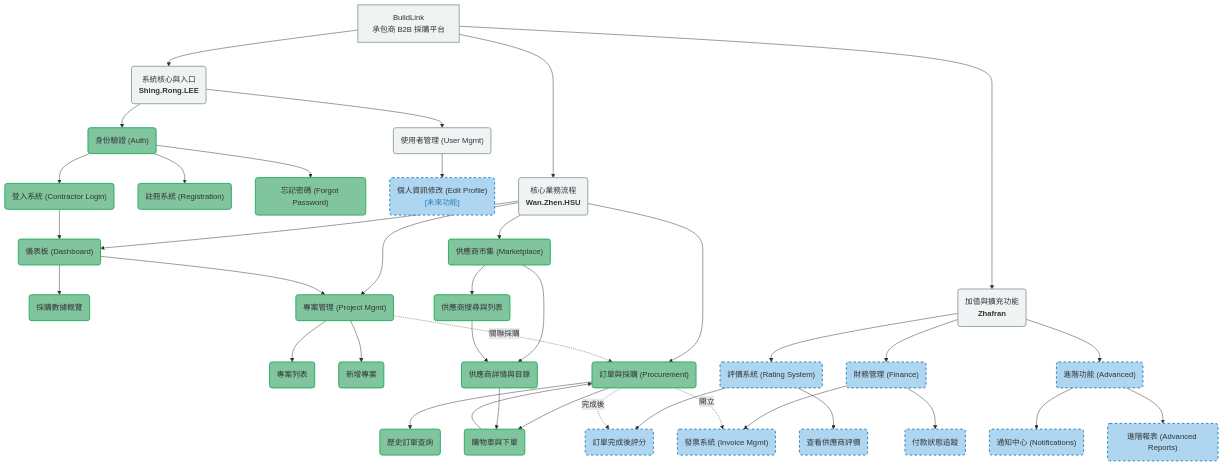
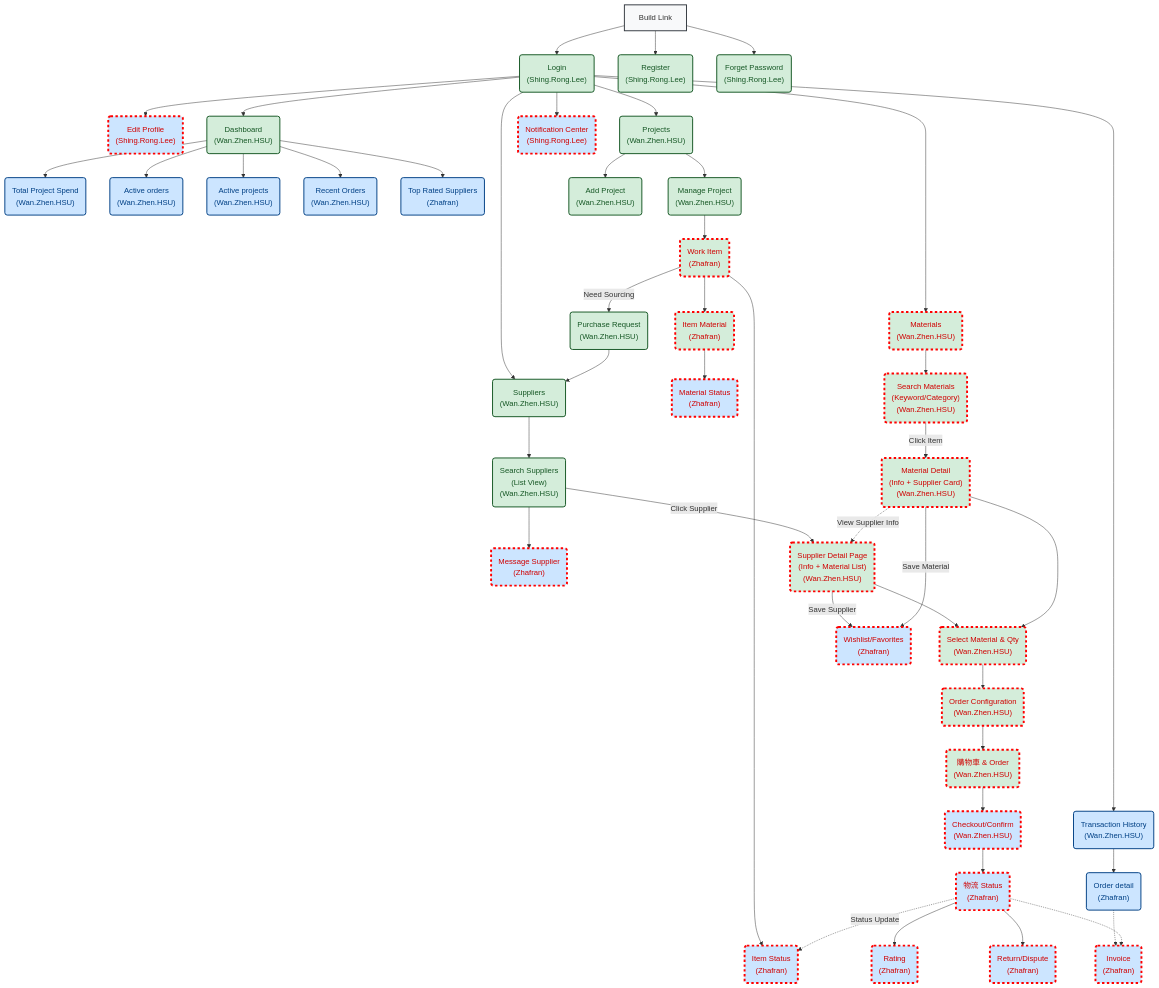
The diagram in README.md (Wanzhennnnnnnnnnnn/Team4), drawn with Mermaid before and after one commit.

Commit message:
New division of labor table

````diff
--- a/README.md
+++ b/README.md
@@ -2,68 +2,99 @@
 ```mermaid
-flowchart TD
-    Root[BuildLink<br>承包商 B2B 採購平台]
+graph TD
+    %% 定義樣式類別
+    classDef mvp fill:#d4edda,stroke:#155724,stroke-width:2px,color:#155724;
+    classDef exp fill:#cce5ff,stroke:#004085,stroke-width:2px,color:#004085;
+    classDef root fill:#f8f9fa,stroke:#343a40,stroke-width:2px;
+    classDef action fill:#fff3cd,stroke:#856404,stroke-width:2px,stroke-dasharray: 5 5;
+    
+    %% 定義「缺失/需修改」的樣式 (紅色框)
+    classDef mvp_missing fill:#d4edda,stroke:#ff0000,stroke-width:4px,stroke-dasharray: 5 5,color:#d00000;
+    classDef exp_missing fill:#cce5ff,stroke:#ff0000,stroke-width:4px,stroke-dasharray: 5 5,color:#d00000;
 
-    %% --- Shing.Rong.LEE (系統入口與身份驗證) ---
-    Root --> Sys("系統核心與入口<br><b>Shing.Rong.LEE</b>")
-    Sys --> Auth("身份驗證 (Auth)")
-    Auth --> Login("登入系統 (Contractor Login)")
-    Auth --> Reg("註冊系統 (Registration)")
-    Auth --> Forgot("忘記密碼 (Forgot Password)")
-    
-    Sys --> UserMgmt("使用者管理 (User Mgmt)")
-    UserMgmt --> Profile("個人資訊修改 (Edit Profile)<br><span style='color:#2980b9'>[未來功能]</span>")
-    
-    %% --- Wan.Zhen.HSU (核心業務流程 - 已完成) ---
-    Root --> Flow("核心業務流程<br><b>Wan.Zhen.HSU</b>")
-    Flow --> Dash("儀表板 (Dashboard)")
-    Dash --> DashStats("採購數據概覽")
-    
-    Flow --> Proj("專案管理 (Project Mgmt)")
-    Proj --> ProjList("專案列表")
-    Proj --> ProjAdd("新增專案")
-    
-    Flow --> Order("訂單與採購 (Procurement)")
-    Order --> Cart("購物車與下單")
-    Order --> Hist("歷史訂單查詢")
-    
-    Flow --> SupMkt("供應商市集 (Marketplace)")
-    SupMkt --> SupList("供應商搜尋與列表")
-    SupMkt --> SupDetail("供應商詳情與目錄")
+    %% Auth Branch (Completed)
+    Root[Build Link]:::root --> Login("Login<br/>(Shing.Rong.Lee)"):::mvp
+    Root[Build Link]:::root --> Register("Register<br/>(Shing.Rong.Lee)"):::mvp
+    Root[Build Link]:::root --> ForgetPW("Forget Password<br/>(Shing.Rong.Lee)"):::mvp
 
-    %% --- Zhafran (加值與擴充功能 - 未來開發) ---
-    Root --> Ext("加值與擴充功能<br><b>Zhafran</b>")
-    Ext --> Rating("評價系統 (Rating System)")
-    Rating --> RateOrder("訂單完成後評分")
-    Rating --> RateView("查看供應商評價")
-    
-    Ext --> Fin("財務管理 (Finance)")
-    Fin --> Invoice("發票系統 (Invoice Mgmt)")
-    Fin --> Payment("付款狀態追蹤")
-    
-    Ext --> Adv("進階功能 (Advanced)")
-    Adv --> Notify("通知中心 (Notifications)")
-    Adv --> Report("進階報表 (Advanced Reports)")
+    %% Login Downstream
+    Login --> EditProfile("Edit Profile<br/>(Shing.Rong.Lee)"):::exp_missing
+    Login --> Dashboard("Dashboard<br/>(Wan.Zhen.HSU)"):::mvp
+    Login --> Projects("Projects<br/>(Wan.Zhen.HSU)"):::mvp
 
-    %% --- 跨模組連接 ---
-    Login --> Dash
-    Dash --> Proj
-    Proj -.->|關聯採購| Order
-    SupList --> SupDetail
-    SupDetail --> Cart
-    Cart --> Order
-    Order -.->|完成後| RateOrder
-    Order -.->|開立| Invoice
+    %% --- 分流入口 ---
+    Login --> Suppliers("Suppliers<br/>(Wan.Zhen.HSU)"):::mvp
+    Login --> Materials("Materials<br/>(Wan.Zhen.HSU)"):::mvp_missing
+    Login --> TransHistory("Transaction History<br/>(Wan.Zhen.HSU)"):::exp
 
-    %% --- 顏色定義 ---
-    %% 核心已完成 (綠色)
-    classDef core fill:#81C59E,stroke:#27ae60,stroke-width:2px;
-    %% 未來開發 (藍色)
-    classDef future fill:#AED6F1,stroke:#2980b9,stroke-width:2px,stroke-dasharray: 5 5;
-    %% 基礎架構 (灰色)
-    classDef infra fill:#F0F3F4,stroke:#95A5A6,stroke-width:2px;
+    %% 新增：通知中心
+    Login --> Notifications("Notification Center<br/>(Shing.Rong.Lee)"):::exp_missing
 
-    %% --- 應用顏色 ---
-    class Auth,Login,Reg,Forgot,Dash,DashStats,Proj,ProjList,ProjAdd,Order,Cart,Hist,SupMkt,SupList,SupDetail core
-    class Profile,Rating,RateOrder,RateView,Fin,Invoice,Payment,Adv,Notify,Report future
-    class Root,Sys,Flow,Ext,UserMgmt infra
+    %% Dashboard Branch (Completed)
+    Dashboard --> TotalSpend("Total Project Spend<br/>(Wan.Zhen.HSU)"):::exp
+    Dashboard --> ActiveOrders("Active orders<br/>(Wan.Zhen.HSU)"):::exp
+    Dashboard --> ActiveProjects("Active projects<br/>(Wan.Zhen.HSU)"):::exp
+    Dashboard --> RecentOrder("Recent Orders<br/>(Wan.Zhen.HSU)"):::exp
+    Dashboard --> TopSuppliers("Top Rated Suppliers<br/>(Zhafran)"):::exp
+
+    %% History Procurement Branch
+    TransHistory --> OrderDetail("Order detail<br/>(Zhafran)"):::exp
+    OrderDetail -.-> Invoice
+
+    %% Projects Branch
+    Projects --> ManageProject("Manage Project<br/>(Wan.Zhen.HSU)"):::mvp
+    Projects --> AddProject("Add Project<br/>(Wan.Zhen.HSU)"):::mvp
+
+    ManageProject --> WorkItem("Work Item<br/>(Zhafran)"):::mvp_missing
+
+    %% 專案細節流程 (需新增邏輯)
+    WorkItem --> ItemStatus("Item Status<br/>(Zhafran)"):::exp_missing
+    WorkItem --> ItemMaterial("Item Material<br/>(Zhafran)"):::mvp_missing
+    ItemMaterial --> MaterialStatus("Material Status<br/>(Zhafran)"):::exp_missing
+
+    %% 專案需求 -> 找供應商
+    WorkItem -- "Need Sourcing" --> PurchaseOrderReq("Purchase Request<br/>(Wan.Zhen.HSU)"):::mvp
+    PurchaseOrderReq --> Suppliers
+
+    %% --- 核心修改：搜尋與目錄邏輯分流 ---
+
+    %% Path A: Suppliers (Suppliers.hjs 已有，但缺少功能)
+    Suppliers --> SupSearch("Search Suppliers<br/>(List View)<br/>(Wan.Zhen.HSU)"):::mvp
+    SupSearch --> Message("Message Supplier<br/>(Zhafran)"):::exp_missing
+
+    SupSearch -- "Click Supplier" --> SupDetail("Supplier Detail Page<br/>(Info + Material List)<br/>(Wan.Zhen.HSU)"):::mvp_missing
+    SupDetail --> Material("Select Material & Qty<br/>(Wan.Zhen.HSU)"):::mvp_missing
+
+    %% Path B: Materials (完全缺失)
+    Materials --> MatSearch("Search Materials<br/>(Keyword/Category)<br/>(Wan.Zhen.HSU)"):::mvp_missing
+    MatSearch -- "Click Item" --> MatDetail("Material Detail<br/>(Info + Supplier Card)<br/>(Wan.Zhen.HSU)"):::mvp_missing
+
+    %% Materials 路徑的連結
+    MatDetail --> Material
+    MatDetail -. "View Supplier Info" .-> SupDetail
+
+    %% 收藏功能 (缺失)
+    SupDetail -- "Save Supplier" --> Wishlist("Wishlist/Favorites<br/>(Zhafran)"):::exp_missing
+    MatDetail -- "Save Material" --> Wishlist
+
+    %% Order Configuration (缺失)
+    Material --> OrderConfig("Order Configuration<br/>(Wan.Zhen.HSU)"):::mvp_missing
+
+    %% Order & Logistics Flow
+    OrderConfig --> Cart("購物車 & Order<br/>(Wan.Zhen.HSU)"):::mvp_missing
+
+    %% 結帳流程 (缺失)
+    Cart --> Checkout("Checkout/Confirm<br/>(Wan.Zhen.HSU)"):::exp_missing
+
+    Checkout --> Logistics("物流 Status<br/>(Zhafran)"):::exp_missing
+
+    Logistics --> Rating("Rating<br/>(Zhafran)"):::exp_missing
+
+    %% 售後 (缺失)
+    Logistics --> ReturnDispute("Return/Dispute<br/>(Zhafran)"):::exp_missing
+
+    %% Invoice (缺失)
+    Logistics -.-> Invoice("Invoice<br/>(Zhafran)"):::exp_missing
+
+    %% 閉環回饋
+    Logistics -.Status Update.-> ItemStatus
    ```
````
